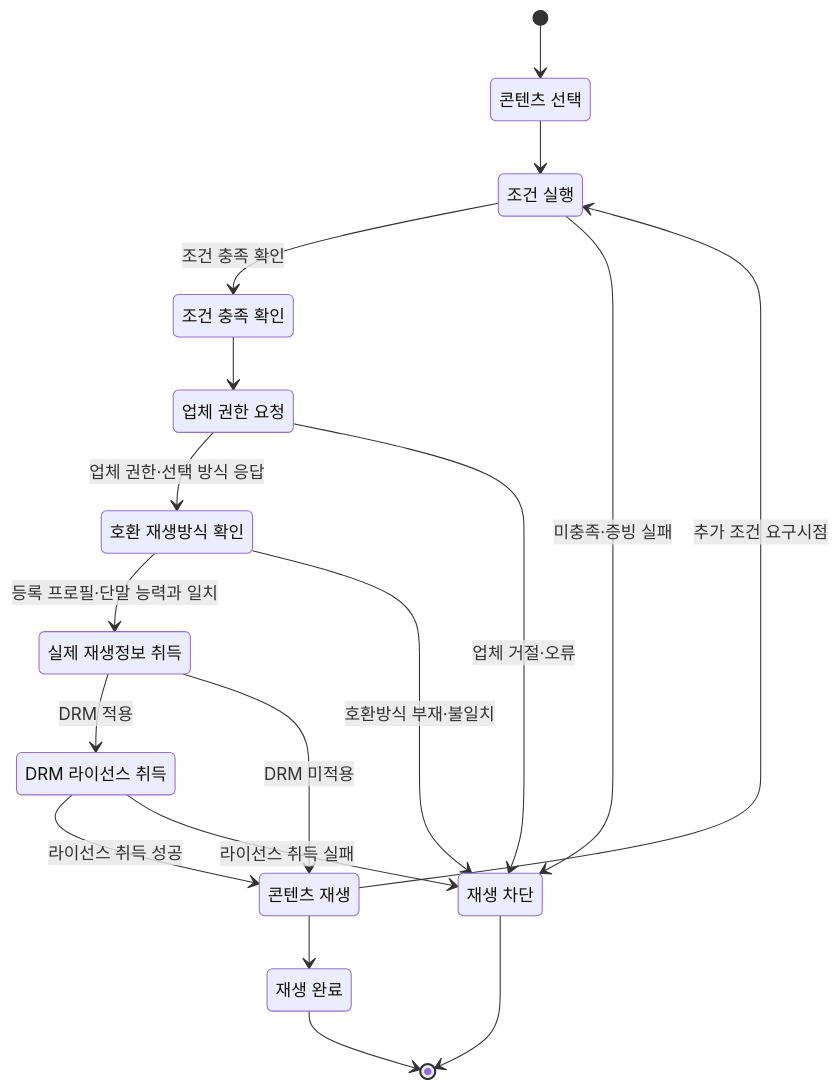
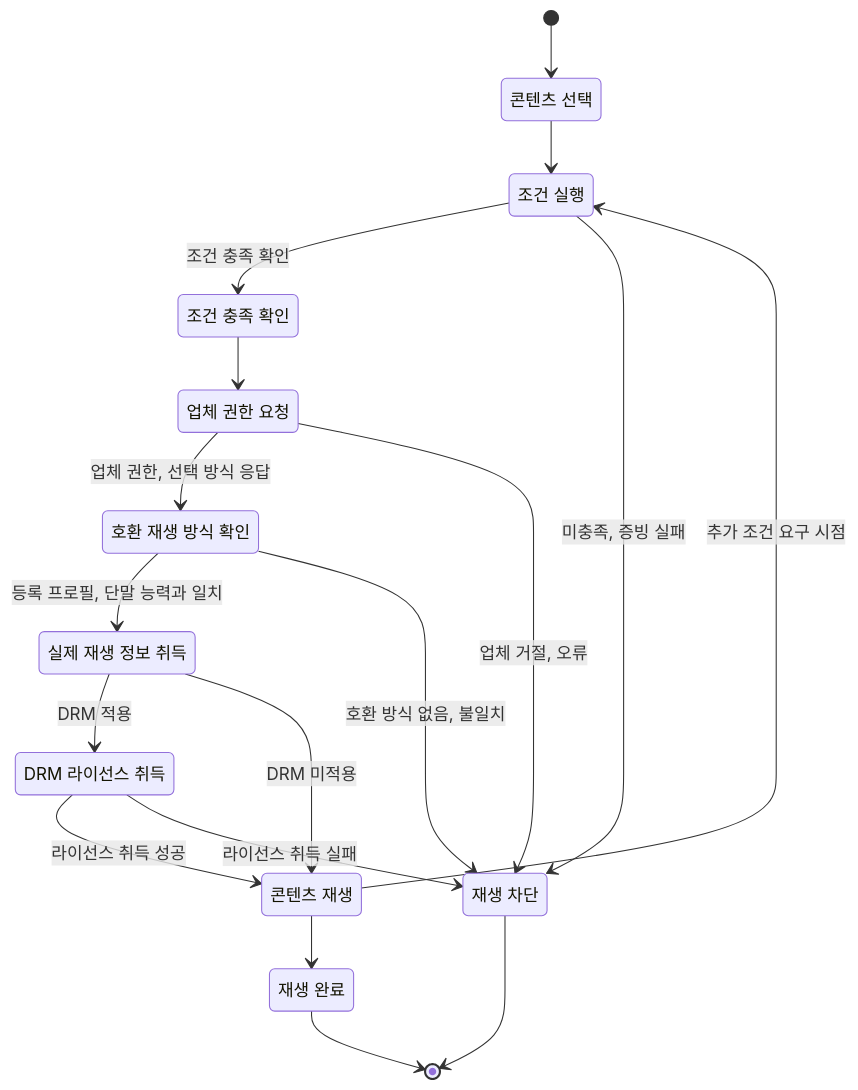
Before and after one commit to growdai1y/instant-play: diagram 11 of 11 in instant_play_직무발명서.md, drawn with Mermaid. The commit also changed other lines of this file, not shown here.

Commit message:
Polish invention disclosure wording and diagrams

````diff
--- a/instant_play_직무발명서.md
+++ b/instant_play_직무발명서.md
@@ -1168,31 +1340,31 @@
 ```mermaid
 stateDiagram-v2
     state "콘텐츠 선택" as Selected
     state "조건 실행" as ConditionRunning
     state "조건 충족 확인" as ConditionConfirmed
     state "업체 권한 요청" as GrantRequested
-    state "호환 재생방식 확인" as Compatible
-    state "실제 재생정보 취득" as PlaybackInfo
+    state "호환 재생 방식 확인" as Compatible
+    state "실제 재생 정보 취득" as PlaybackInfo
     state "DRM 라이선스 취득" as License
     state "콘텐츠 재생" as Playing
     state "재생 차단" as Denied
     state "재생 완료" as Completed
 
     [*] --> Selected
     Selected --> ConditionRunning
     ConditionRunning --> ConditionConfirmed: 조건 충족 확인
-    ConditionRunning --> Denied: 미충족·증빙 실패
+    ConditionRunning --> Denied: 미충족, 증빙 실패
     ConditionConfirmed --> GrantRequested
-    GrantRequested --> Compatible: 업체 권한·선택 방식 응답
-    GrantRequested --> Denied: 업체 거절·오류
-    Compatible --> PlaybackInfo: 등록 프로필·단말 능력과 일치
-    Compatible --> Denied: 호환방식 부재·불일치
+    GrantRequested --> Compatible: 업체 권한, 선택 방식 응답
+    GrantRequested --> Denied: 업체 거절, 오류
+    Compatible --> PlaybackInfo: 등록 프로필, 단말 능력과 일치
+    Compatible --> Denied: 호환 방식 없음, 불일치
     PlaybackInfo --> License: DRM 적용
     License --> Playing: 라이선스 취득 성공
     License --> Denied: 라이선스 취득 실패
     PlaybackInfo --> Playing: DRM 미적용
-    Playing --> ConditionRunning: 추가 조건 요구시점
+    Playing --> ConditionRunning: 추가 조건 요구 시점
     Playing --> Completed
     Completed --> [*]
     Denied --> [*]
 ```
````
